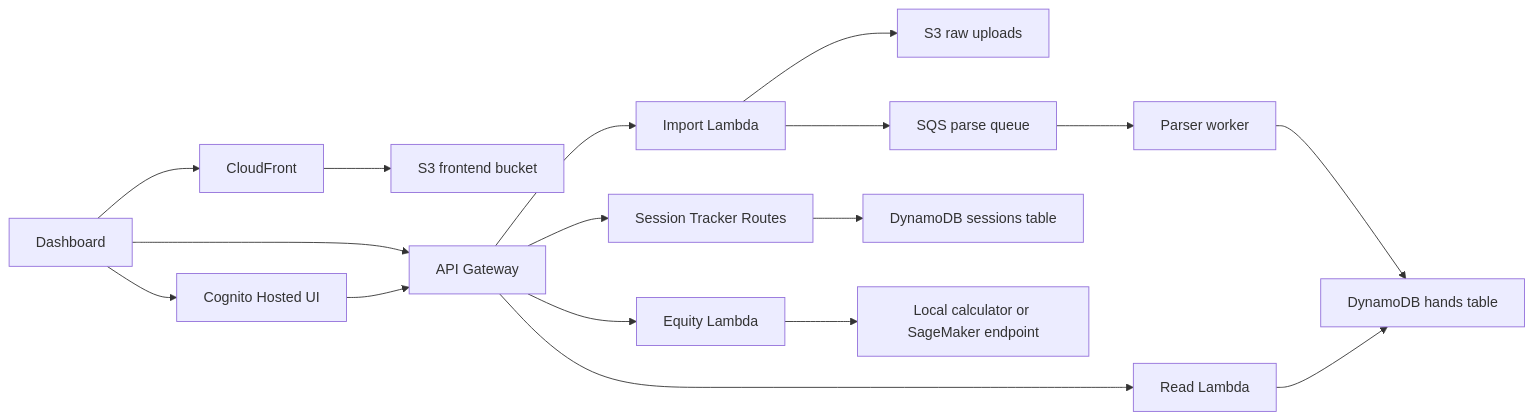
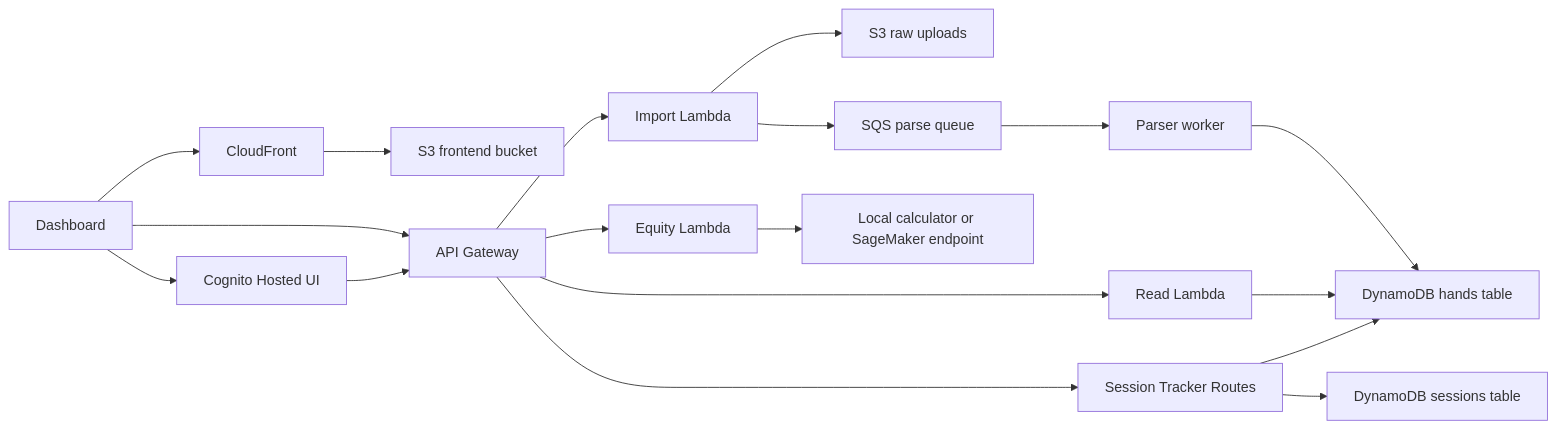
The diagram in docs/architecture.md (yt3328/BackdoorFlush), drawn with Mermaid before and after one commit. The commit also changed other lines of this file and 17 other files, not shown here.

````diff
--- a/docs/architecture.md
+++ b/docs/architecture.md
@@ -5,19 +5,20 @@
 ```mermaid
 flowchart LR
   Browser["Dashboard"] --> CloudFront["CloudFront"]
   CloudFront --> FrontendS3["S3 frontend bucket"]
   Browser --> Cognito["Cognito Hosted UI"]
   Browser --> API["API Gateway"]
   Cognito --> API
   API --> ImportLambda["Import Lambda"]
   API --> ReadLambda["Read Lambda"]
   API --> EquityLambda["Equity Lambda"]
   API --> SessionLambda["Session Tracker Routes"]
   ImportLambda --> S3["S3 raw uploads"]
   ImportLambda --> Queue["SQS parse queue"]
   Queue --> Parser["Parser worker"]
   Parser --> Dynamo["DynamoDB hands table"]
   ReadLambda --> Dynamo
   SessionLambda --> SessionsDynamo["DynamoDB sessions table"]
+  SessionLambda --> Dynamo
   EquityLambda --> Model["Local calculator or SageMaker endpoint"]
 ```
````
